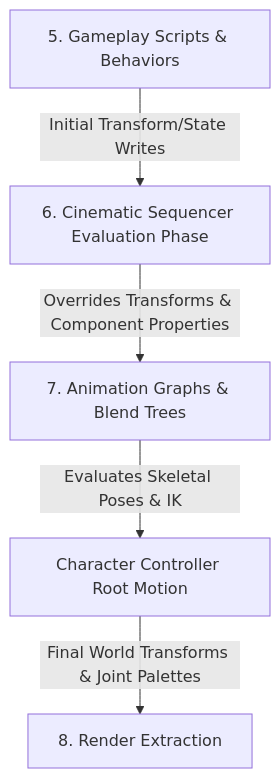
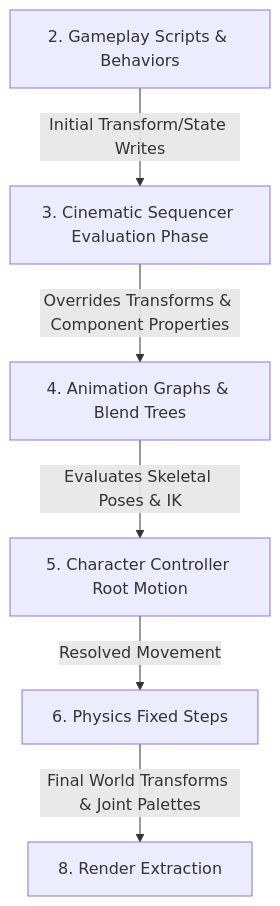
Before and after one commit to abdullahbodur/horo-engine: the diagram in docs/architecture/runtime/cinematic-sequencer-architecture.md, drawn with Mermaid. The commit also changed other lines of this file and 1 other file, not shown here.

Commit message:
docs(cinematics): resolve pauseGameplay clock and tick-order contradiction #1697 [CIN-001.1]

````diff
--- a/docs/architecture/runtime/cinematic-sequencer-architecture.md
+++ b/docs/architecture/runtime/cinematic-sequencer-architecture.md
@@ -280,7 +286,8 @@
 ```mermaid
 flowchart TD
-    A[5. Gameplay Scripts & Behaviors] -->|Initial Transform/State Writes| B[6. Cinematic Sequencer Evaluation Phase]
-    B -->|Overrides Transforms & Component Properties| C[7. Animation Graphs & Blend Trees]
-    C -->|Evaluates Skeletal Poses & IK| D[Character Controller Root Motion]
-    D -->|Final World Transforms & Joint Palettes| E[8. Render Extraction]
+    A[2. Gameplay Scripts & Behaviors] -->|Initial Transform/State Writes| B[3. Cinematic Sequencer Evaluation Phase]
+    B -->|Overrides Transforms & Component Properties| C[4. Animation Graphs & Blend Trees]
+    C -->|Evaluates Skeletal Poses & IK| D[5. Character Controller Root Motion]
+    D -->|Resolved Movement| E[6. Physics Fixed Steps]
+    E -->|Final World Transforms & Joint Palettes| F[8. Render Extraction]
 ```
````
